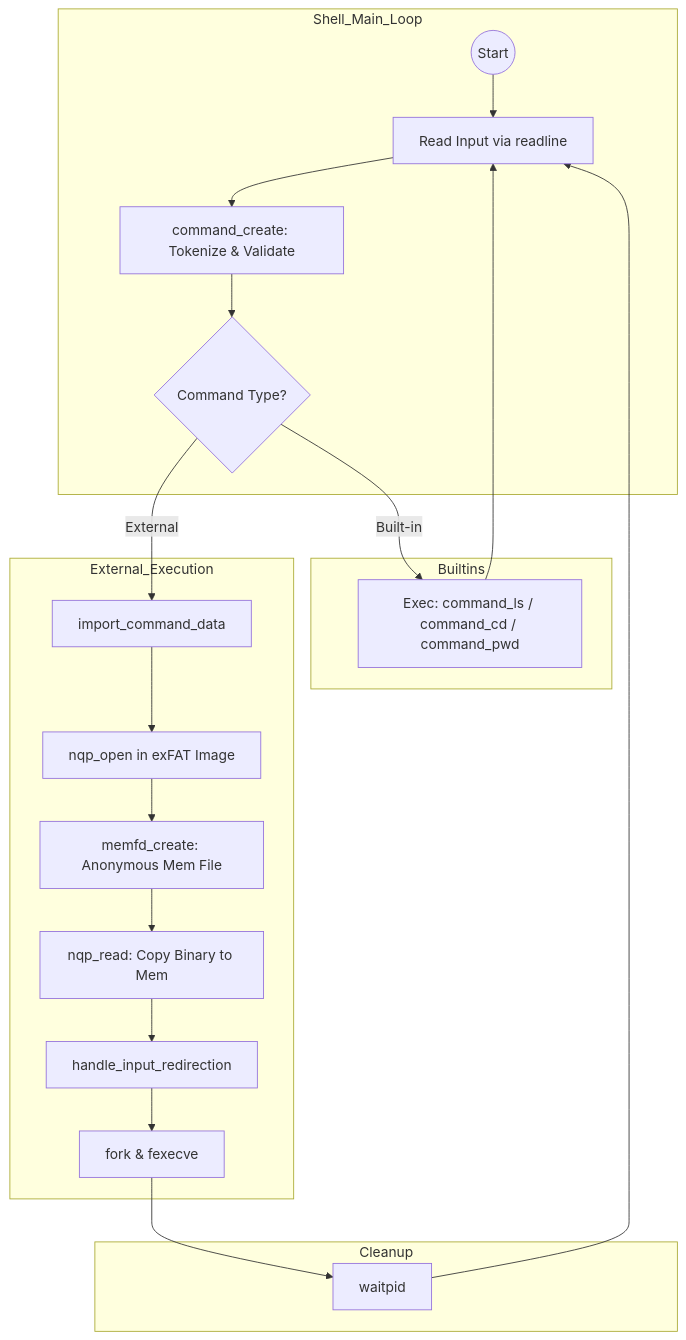
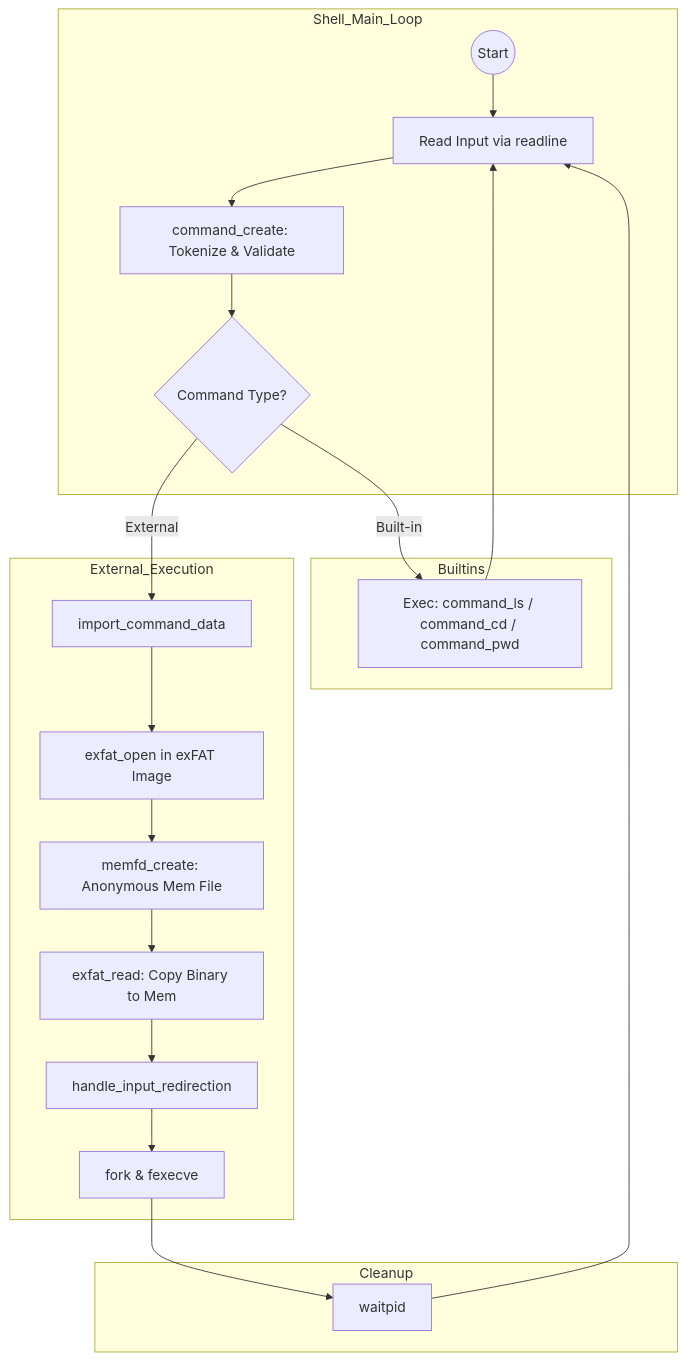
One commit to Krish-Bhalala/Custom-Shell changed the second of 2 diagrams in README.md. Above: the diagram before and after it, drawn with Mermaid. The commit also changed other lines of this file and 10 other files, not shown here.

````diff
--- a/README.md
+++ b/README.md
@@ -46,27 +46,27 @@
 ```mermaid
 graph TD
     subgraph Shell_Main_Loop
     Start((Start)) --> Loop[Read Input via readline]
     Loop --> Parse[command_create: Tokenize & Validate]
     Parse --> Dispatch{Command Type?}
     end
 
     subgraph Builtins
     Dispatch -- Built-in --> exec_built[Exec: command_ls / command_cd / command_pwd]
     end
 
     subgraph External_Execution
     Dispatch -- External --> Import[import_command_data]
-    Import --> Open[nqp_open in exFAT Image]
+    Import --> Open[exfat_open in exFAT Image]
     Open --> MemFile[memfd_create: Anonymous Mem File]
-    MemFile --> Copy[nqp_read: Copy Binary to Mem]
+    MemFile --> Copy[exfat_read: Copy Binary to Mem]
     Copy --> Redirect[handle_input_redirection]
     Redirect --> Fork[fork & fexecve]
     end
 
     subgraph Cleanup
     exec_built --> Loop
     Fork --> Wait[waitpid]
     Wait --> Loop
     end
 ```
````
